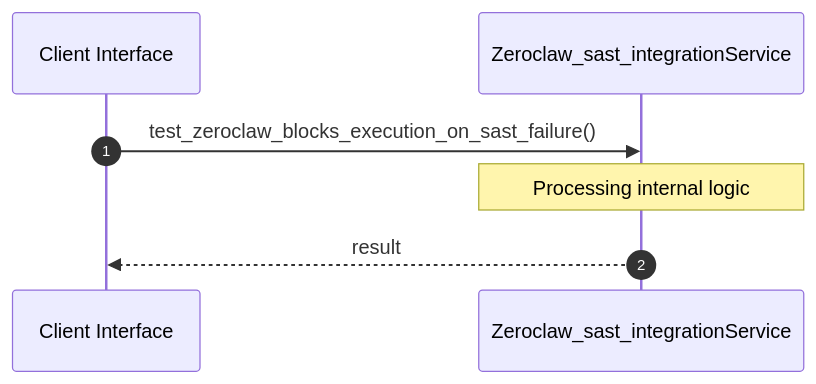
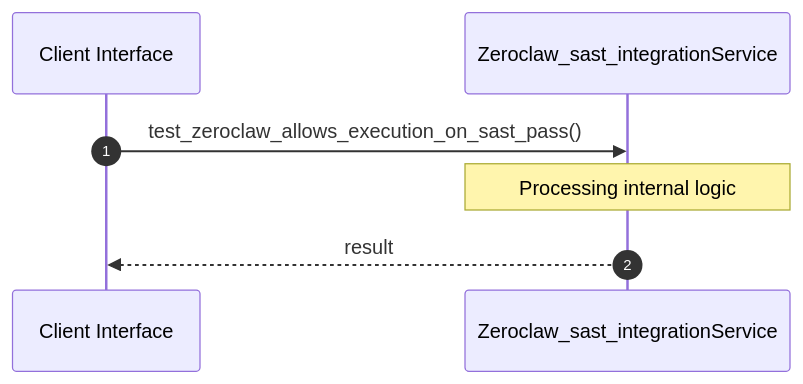
Before and after one commit to lgcorzo/rust_CACD_autonomous_factory: the second of 2 diagrams in openwiki/crates_factory-application_tests_zeroclaw_sast_integration_rs.md, drawn with Mermaid. The commit also changed other lines of this file and 78 other files, not shown here.

````diff
--- a/openwiki/crates_factory-application_tests_zeroclaw_sast_integration_rs.md
+++ b/openwiki/crates_factory-application_tests_zeroclaw_sast_integration_rs.md
@@ -57,10 +57,10 @@
 ```mermaid
 sequenceDiagram
     autonumber
     participant Caller as Client Interface
     participant Svc as Zeroclaw_sast_integrationService
-    Caller->>Svc: test_zeroclaw_blocks_execution_on_sast_failure()
+    Caller->>Svc: test_zeroclaw_allows_execution_on_sast_pass()
     Note over Svc: Processing internal logic
     Svc-->>Caller: result
 
 ```
````
